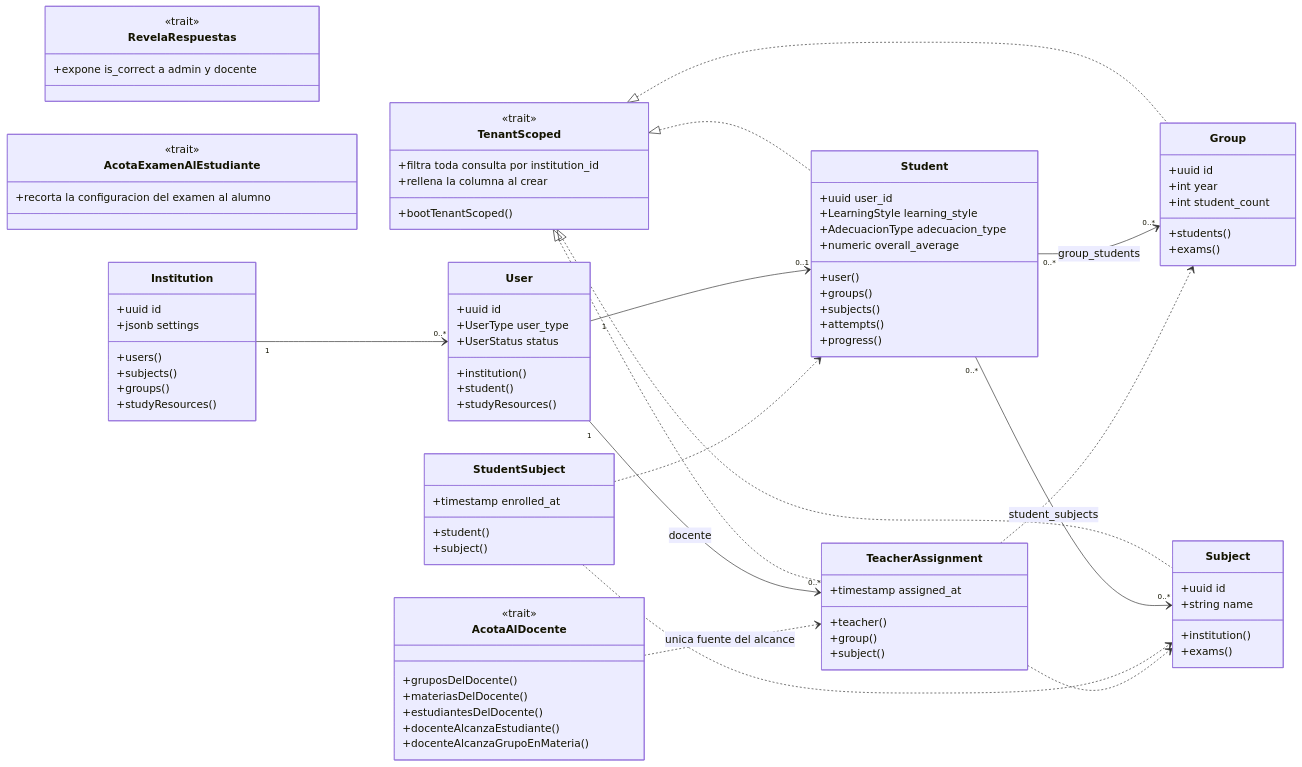
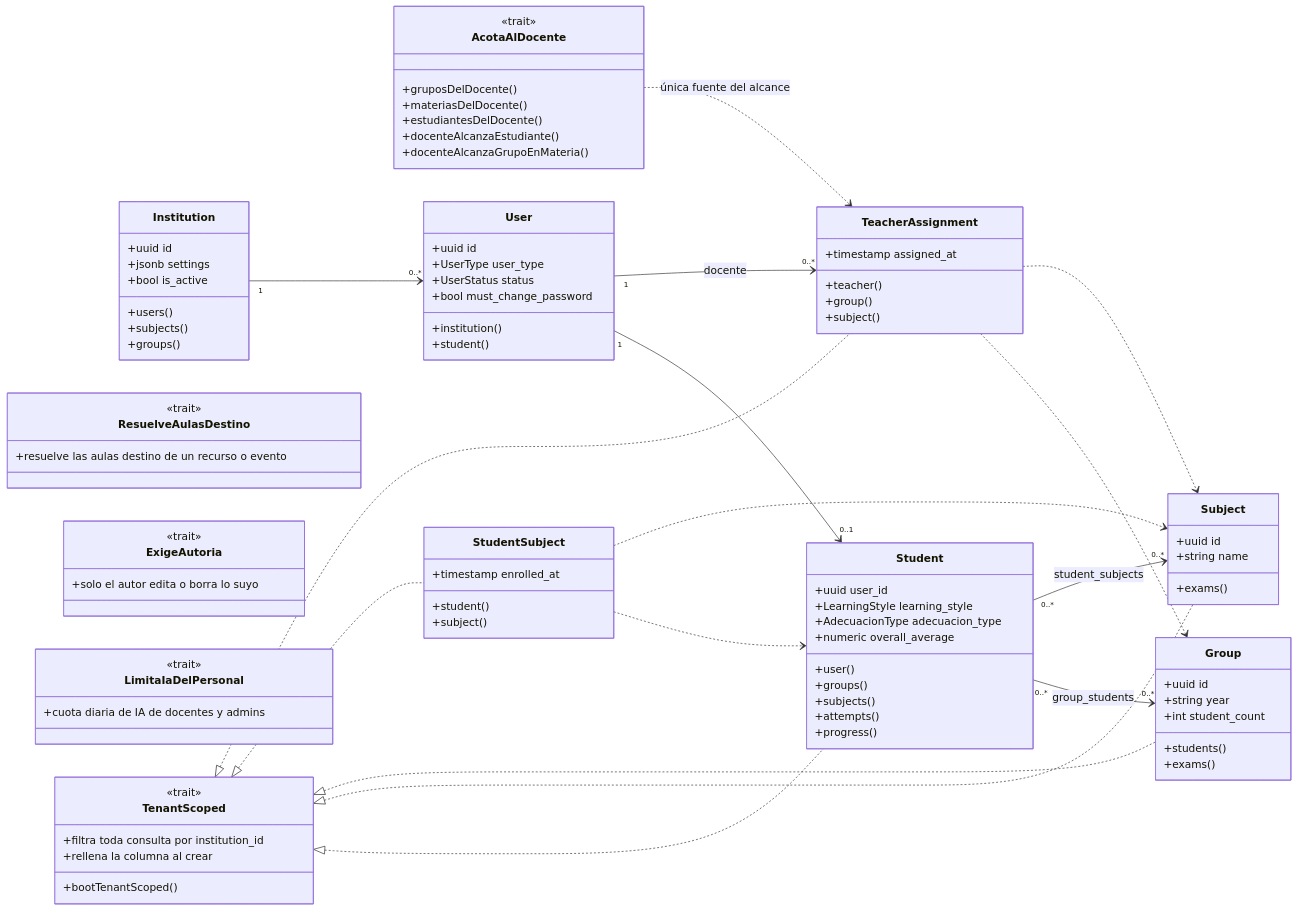
The sixth of 19 diagrams in docs/DIAGRAMAS.md (Infil505/NeoEduCore-Back), drawn with Mermaid before and after one commit. The commit also changed other lines of this file and 25 other files, not shown here.

````diff
--- a/docs/DIAGRAMAS.md
+++ b/docs/DIAGRAMAS.md
@@ -488,14 +517,6 @@
         +filtra toda consulta por institution_id
         +rellena la columna al crear
     }
-    class RevelaRespuestas {
-        <<trait>>
-        +expone is_correct a admin y docente
-    }
-    class AcotaExamenAlEstudiante {
-        <<trait>>
-        +recorta la configuracion del examen al alumno
-    }
     class AcotaAlDocente {
         <<trait>>
         +gruposDelDocente()
@@ -504,22 +525,34 @@
         +docenteAlcanzaEstudiante()
         +docenteAlcanzaGrupoEnMateria()
     }
+    class ResuelveAulasDestino {
+        <<trait>>
+        +resuelve las aulas destino de un recurso o evento
+    }
+    class ExigeAutoria {
+        <<trait>>
+        +solo el autor edita o borra lo suyo
+    }
+    class LimitaIaDelPersonal {
+        <<trait>>
+        +cuota diaria de IA de docentes y admins
+    }
 
     class Institution {
         +uuid id
         +jsonb settings
+        +bool is_active
         +users()
         +subjects()
         +groups()
-        +studyResources()
     }
     class User {
         +uuid id
         +UserType user_type
         +UserStatus status
+        +bool must_change_password
         +institution()
         +student()
-        +studyResources()
     }
     class Student {
         +uuid user_id
@@ -534,7 +567,7 @@
     }
     class Group {
         +uuid id
-        +int year
+        +string year
         +int student_count
         +students()
         +exams()
@@ -542,7 +575,6 @@
     class Subject {
         +uuid id
         +string name
-        +institution()
         +exams()
     }
     class StudentSubject {
@@ -560,6 +592,7 @@
     TenantScoped <|.. Student
     TenantScoped <|.. Subject
     TenantScoped <|.. Group
+    TenantScoped <|.. StudentSubject
     TenantScoped <|.. TeacherAssignment
 
     Institution "1" --> "0..*" User
@@ -572,5 +605,5 @@
     User "1" --> "0..*" TeacherAssignment : docente
     TeacherAssignment ..> Group
     TeacherAssignment ..> Subject
-    AcotaAlDocente ..> TeacherAssignment : unica fuente del alcance
+    AcotaAlDocente ..> TeacherAssignment : única fuente del alcance
 ```
````
